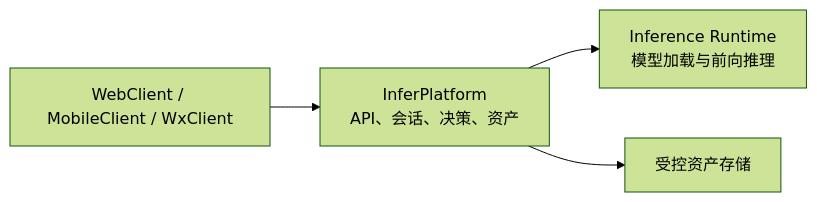
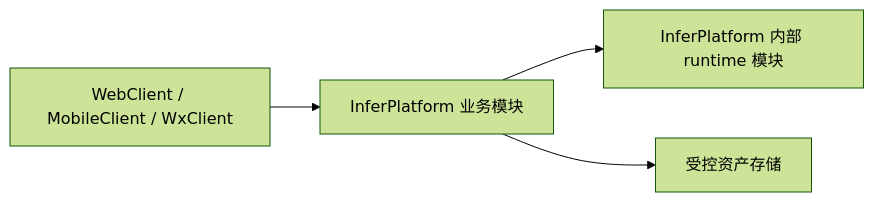
Before and after one commit to QingMouFoodDate/ProjectPRD: the fifth of 6 diagrams in ARCHITECTURE.md, drawn with Mermaid (forest theme). The commit also changed other lines of this file and 17 other files, not shown here.

````diff
--- a/ARCHITECTURE.md
+++ b/ARCHITECTURE.md
@@ -160,10 +193,10 @@
 ```mermaid
 flowchart LR
     CLIENTS["WebClient / MobileClient / WxClient"]
-    PLATFORM["InferPlatform<br/>API、会话、决策、资产"]
-    RUNTIME["Inference Runtime<br/>模型加载与前向推理"]
+    PLATFORM["InferPlatform 业务模块"]
+    RUNTIME["InferPlatform 内部 runtime 模块"]
     STORAGE["受控资产存储"]
     CLIENTS --> PLATFORM
     PLATFORM --> RUNTIME
     PLATFORM --> STORAGE
 ```
````
